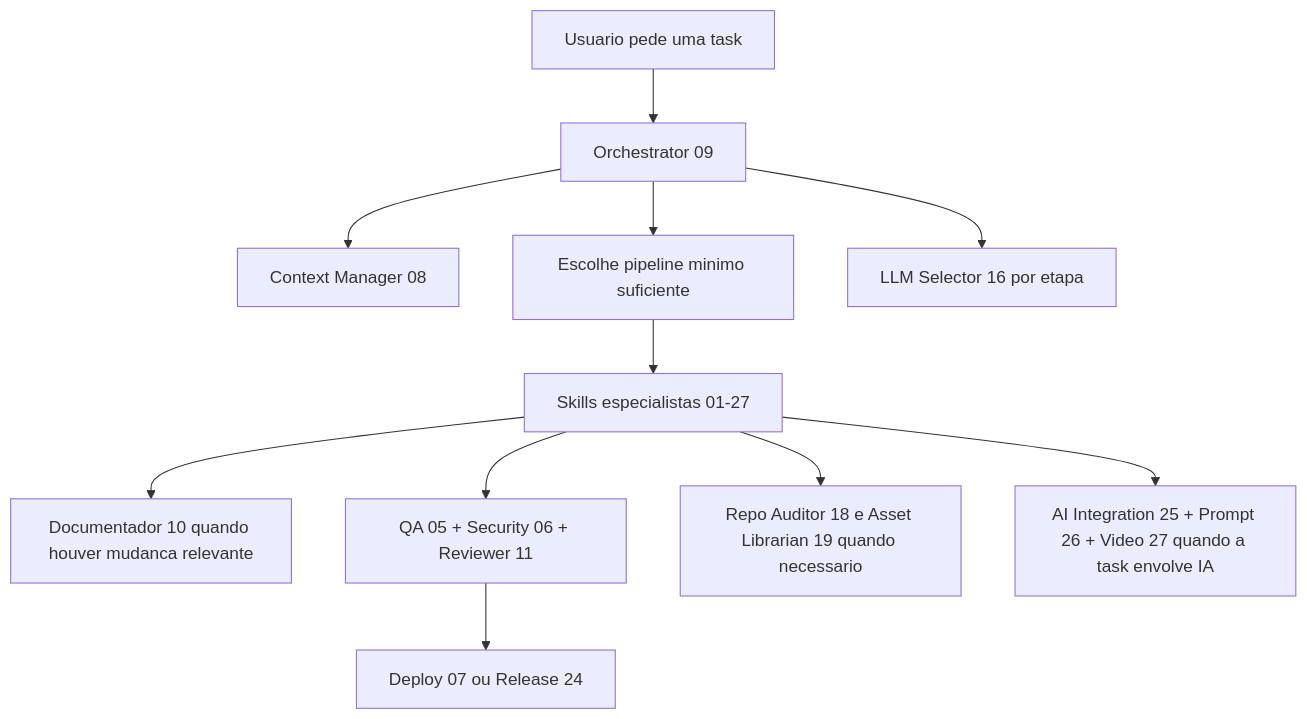
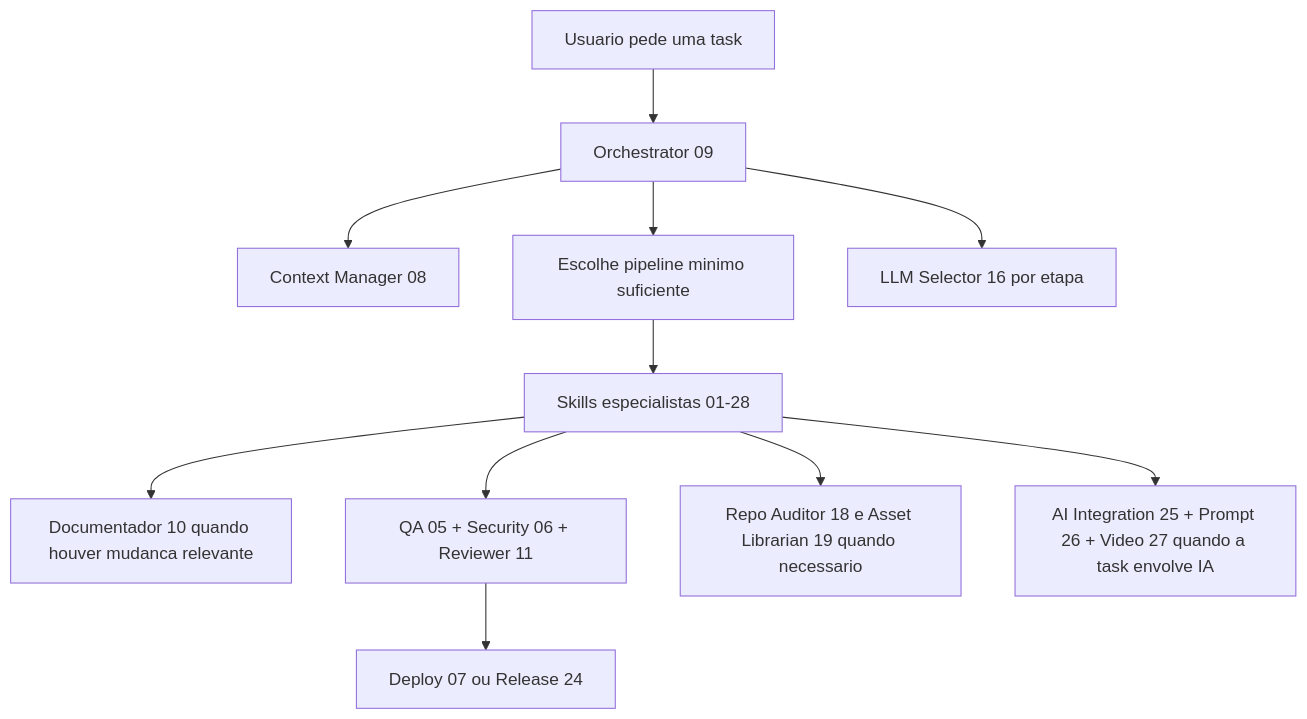
One commit to felvieira/claude-skills-fv changed the first of 3 diagrams in README.md. Above: the diagram before and after it, drawn with Mermaid. The commit also changed other lines of this file, not shown here.

Commit message:
docs: fix remaining 27→28 references in README heading, flowchart, and organogram

````diff
--- a/README.md
+++ b/README.md
@@ -26,13 +26,13 @@
 ```mermaid
 flowchart TD
     A[Usuario pede uma task] --> B[Orchestrator 09]
     B --> C[Context Manager 08]
     B --> D[Escolhe pipeline minimo suficiente]
-    D --> E[Skills especialistas 01-27]
+    D --> E[Skills especialistas 01-28]
     E --> F[Documentador 10 quando houver mudanca relevante]
     E --> G[QA 05 + Security 06 + Reviewer 11]
     G --> H[Deploy 07 ou Release 24]
     B --> I[LLM Selector 16 por etapa]
     E --> J[Repo Auditor 18 e Asset Librarian 19 quando necessario]
     E --> K[AI Integration 25 + Prompt 26 + Video 27 quando a task envolve IA]
 ```
````
